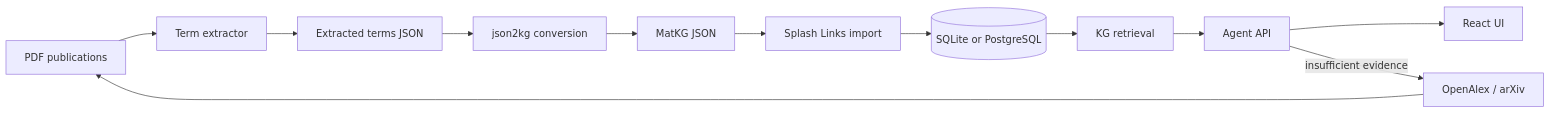
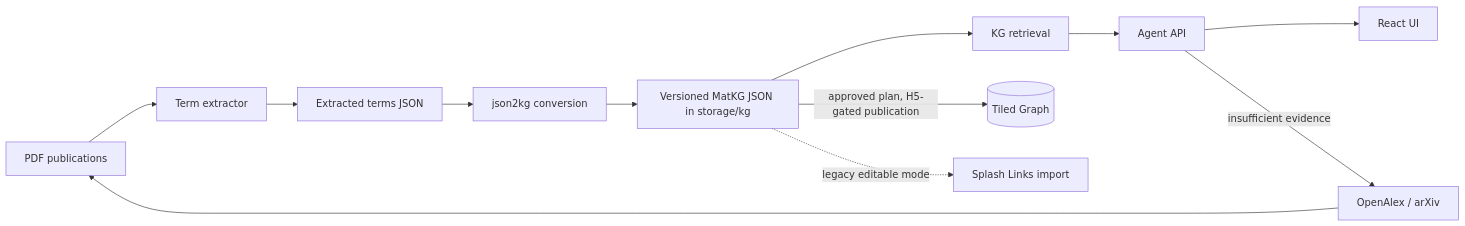
The diagram in mkdocs/docs/index.md (fair2wise/FAIR2WISE), drawn with Mermaid before and after one commit. The commit also changed other lines of this file and 15 other files, not shown here.

Commit message:
docs: README and MkDocs describe the current architecture (JSON KG default, three images, gateway 8080 under /fair2wise, runtimes, /v1 API, judge setting); Splash marked legacy; doc-consistency tests (T28D, AUD-11)

````diff
--- a/mkdocs/docs/index.md
+++ b/mkdocs/docs/index.md
@@ -27,14 +39,14 @@
 ```mermaid
 flowchart LR
     P[PDF publications] --> X[Term extractor]
     X --> T[Extracted terms JSON]
     T --> C[json2kg conversion]
-    C --> J[MatKG JSON]
-    J --> I[Splash Links import]
-    I --> D[(SQLite or PostgreSQL)]
-    D --> R[KG retrieval]
+    C --> J[Versioned MatKG JSON in storage/kg]
+    J --> R[KG retrieval]
+    J -->|approved plan, H5-gated publication| TG[(Tiled Graph)]
+    J -.->|legacy editable mode| I[Splash Links import]
     R --> A[Agent API]
     A --> U[React UI]
     A -->|insufficient evidence| O[OpenAlex / arXiv]
     O --> P
 ```
````
